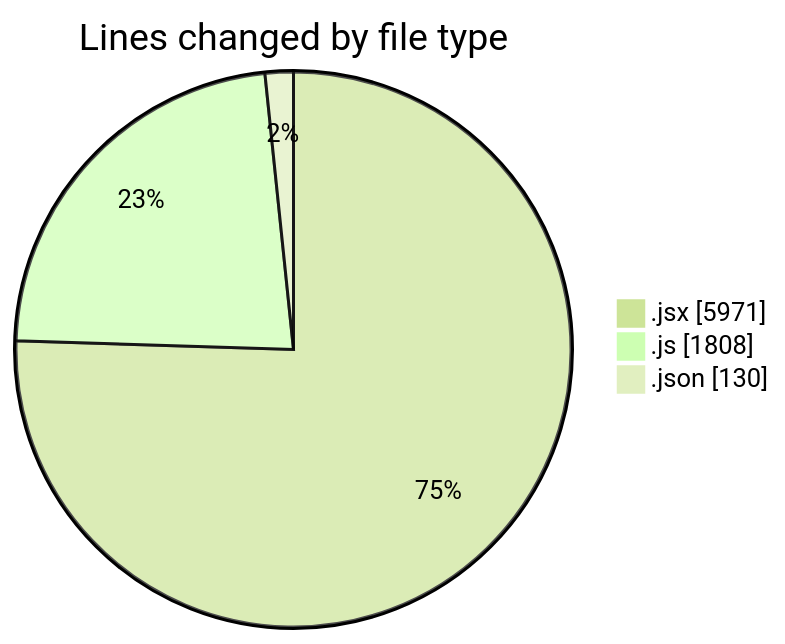
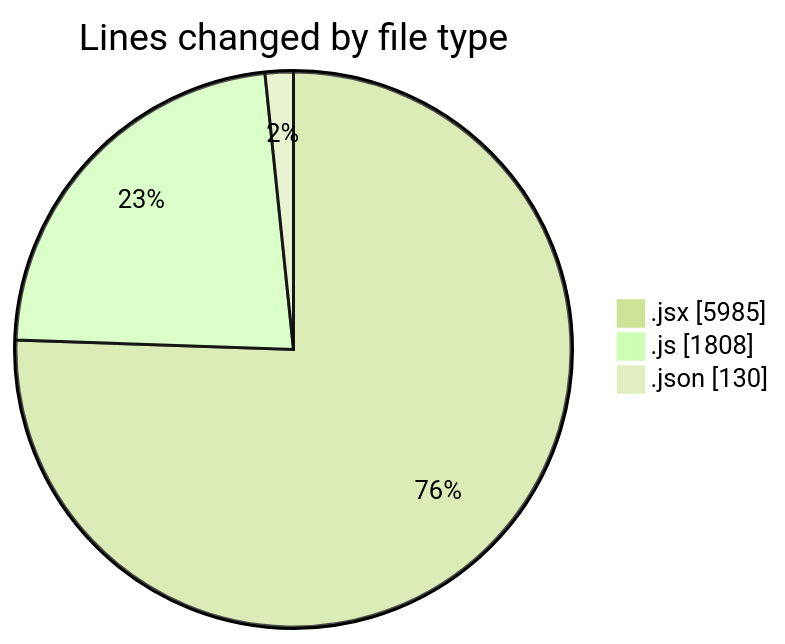
Before and after one commit to nxtqubesakshisongat/code-tracking: the first of 2 diagrams in 2025-08-06/nxtqube_webapp/README.md, drawn with Mermaid (forest theme). The commit also changed other lines of this file and 1 other file, not shown here.

````diff
--- a/2025-08-06/nxtqube_webapp/README.md
+++ b/2025-08-06/nxtqube_webapp/README.md
@@ -31,7 +31,7 @@
 ```mermaid
 pie showData
 title Lines changed by file type
-".jsx" : 5971
+".jsx" : 5985
 ".js" : 1808
 ".json" : 130
 ```
````
